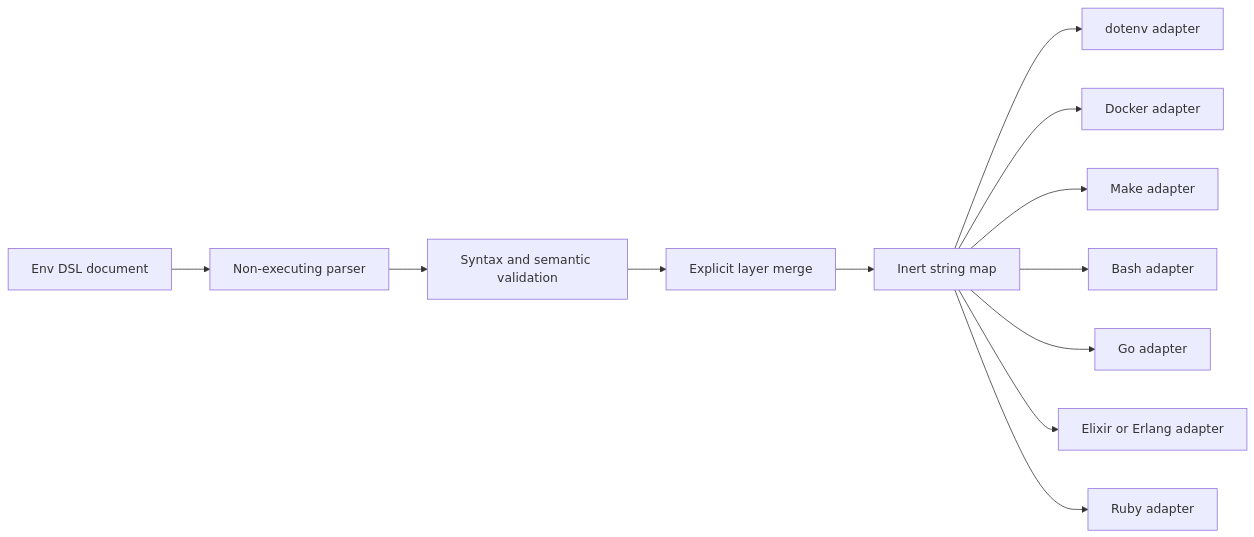
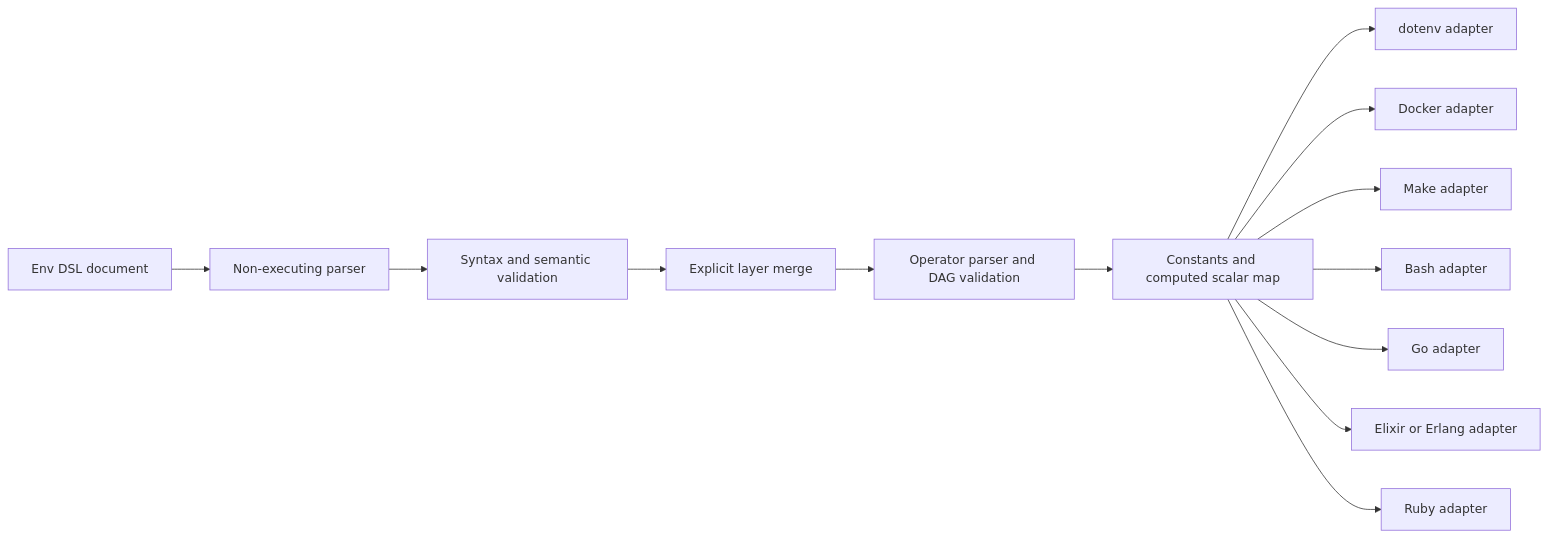
One commit to wellmanifest/env-dsl changed the diagram in docs/ARCHITECTURE.md. Above: the diagram before and after it, drawn with Mermaid. The commit also changed other lines of this file and 14 other files, not shown here.

````diff
--- a/docs/ARCHITECTURE.md
+++ b/docs/ARCHITECTURE.md
@@ -6,14 +7,15 @@
 ```mermaid
 flowchart LR
     D[Env DSL document] --> P[Non-executing parser]
     P --> V[Syntax and semantic validation]
     V --> L[Explicit layer merge]
-    L --> M[Inert string map]
+    L --> E[Operator parser and DAG validation]
+    E --> M[Constants and computed scalar map]
     M --> DOTENV[dotenv adapter]
     M --> DOCKER[Docker adapter]
     M --> MAKE[Make adapter]
     M --> BASH[Bash adapter]
     M --> GO[Go adapter]
     M --> BEAM[Elixir or Erlang adapter]
     M --> RUBY[Ruby adapter]
 ```
````
